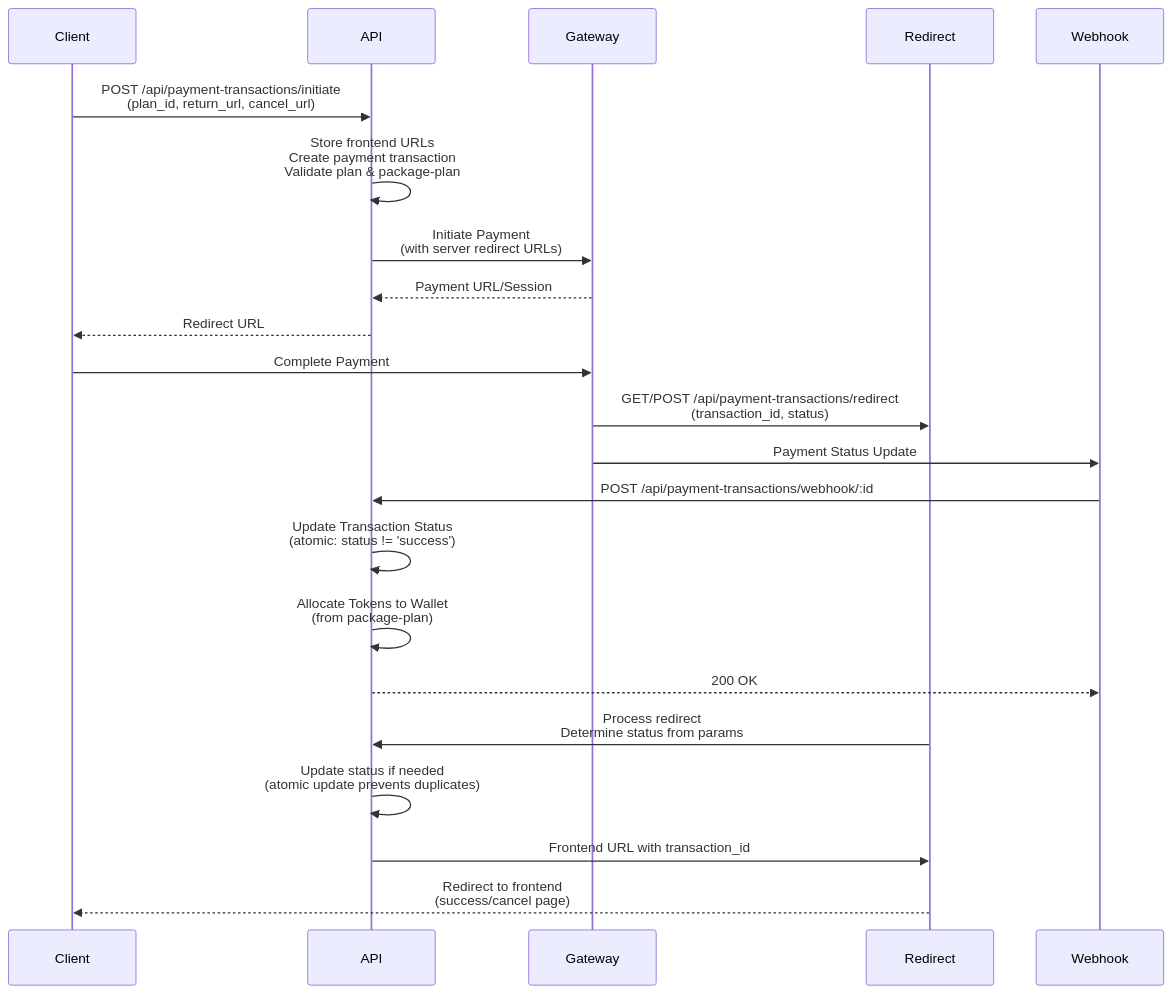
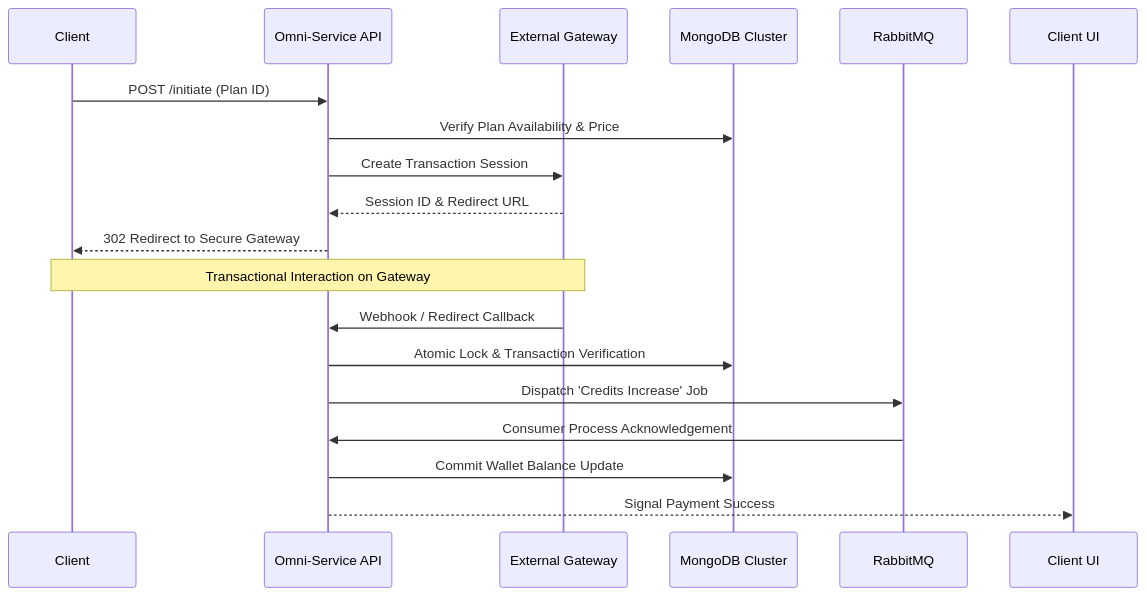
The fourth of 5 diagrams in README.md (foysalahmedmin/zaaz-server), drawn with Mermaid before and after one commit. The commit also changed other lines of this file and 242 other files, not shown here.

````diff
--- a/README.md
+++ b/README.md
@@ -775,26 +615,24 @@
 ```mermaid
 sequenceDiagram
-    participant Client
-    participant API
-    participant Gateway
-    participant Redirect
-    participant Webhook
+    participant User as Client
+    participant API as Omni-Service API
+    participant Gateway as External Gateway
+    participant DB as MongoDB Cluster
+    participant MQ as RabbitMQ
+    participant UI as Client UI
 
-    Client->>API: POST /api/payment-transactions/initiate<br/>(plan_id, return_url, cancel_url)
-    API->>API: Store frontend URLs<br/>Create payment transaction<br/>Validate plan & package-plan
-    API->>Gateway: Initiate Payment<br/>(with server redirect URLs)
-    Gateway-->>API: Payment URL/Session
-    API-->>Client: Redirect URL
+    User->>API: POST /initiate (Plan ID)
+    API->>DB: Verify Plan Availability & Price
+    API->>Gateway: Create Transaction Session
+    Gateway-->>API: Session ID & Redirect URL
+    API-->>User: 302 Redirect to Secure Gateway
 
-    Client->>Gateway: Complete Payment
-    Gateway->>Redirect: GET/POST /api/payment-transactions/redirect<br/>(transaction_id, status)
-    Gateway->>Webhook: Payment Status Update
-    Webhook->>API: POST /api/payment-transactions/webhook/:id
-    API->>API: Update Transaction Status<br/>(atomic: status != 'success')
-    API->>API: Allocate Tokens to Wallet<br/>(from package-plan)
-    API-->>Webhook: 200 OK
-    Redirect->>API: Process redirect<br/>Determine status from params
-    API->>API: Update status if needed<br/>(atomic update prevents duplicates)
-    API->>Redirect: Frontend URL with transaction_id
-    Redirect-->>Client: Redirect to frontend<br/>(success/cancel page)
+    Note over User,Gateway: Transactional Interaction on Gateway
+
+    Gateway->>API: Webhook / Redirect Callback
+    API->>DB: Atomic Lock & Transaction Verification
+    API->>MQ: Dispatch 'Credits Increase' Job
+    MQ->>API: Consumer Process Acknowledgement
+    API->>DB: Commit Wallet Balance Update
+    API-->>UI: Signal Payment Success
 ```
````
